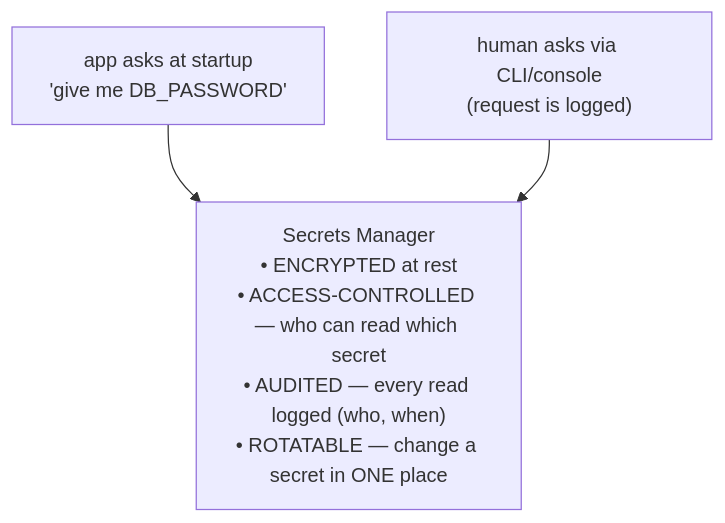
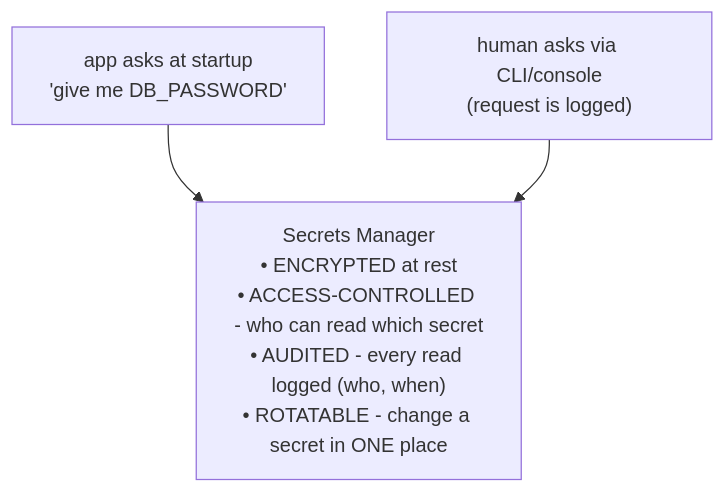
The first of 2 diagrams in guides/security/secrets-management/03-real-secrets-management.md (Topurrra/themissingmanual), drawn with Mermaid before and after one commit. The commit also changed other lines of this file and 1072 other files, not shown here.

````diff
--- a/guides/security/secrets-management/03-real-secrets-management.md
+++ b/guides/security/secrets-management/03-real-secrets-management.md
@@ -34,6 +34,6 @@
 ```mermaid
 flowchart TD
   app["app asks at startup<br/>'give me DB_PASSWORD'"] --> sm
   human["human asks via CLI/console<br/>(request is logged)"] --> sm
-  sm["Secrets Manager<br/>• ENCRYPTED at rest<br/>• ACCESS-CONTROLLED — who can read which secret<br/>• AUDITED — every read logged (who, when)<br/>• ROTATABLE — change a secret in ONE place"]
+  sm["Secrets Manager<br/>• ENCRYPTED at rest<br/>• ACCESS-CONTROLLED - who can read which secret<br/>• AUDITED - every read logged (who, when)<br/>• ROTATABLE - change a secret in ONE place"]
 ```
````
